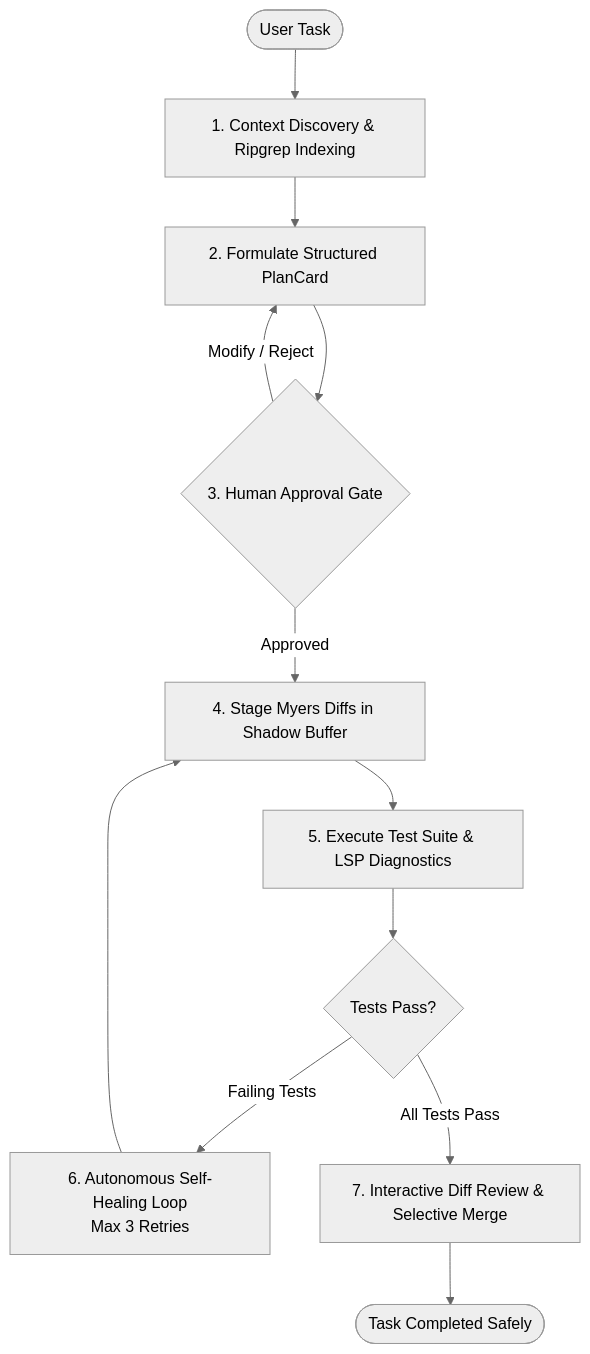
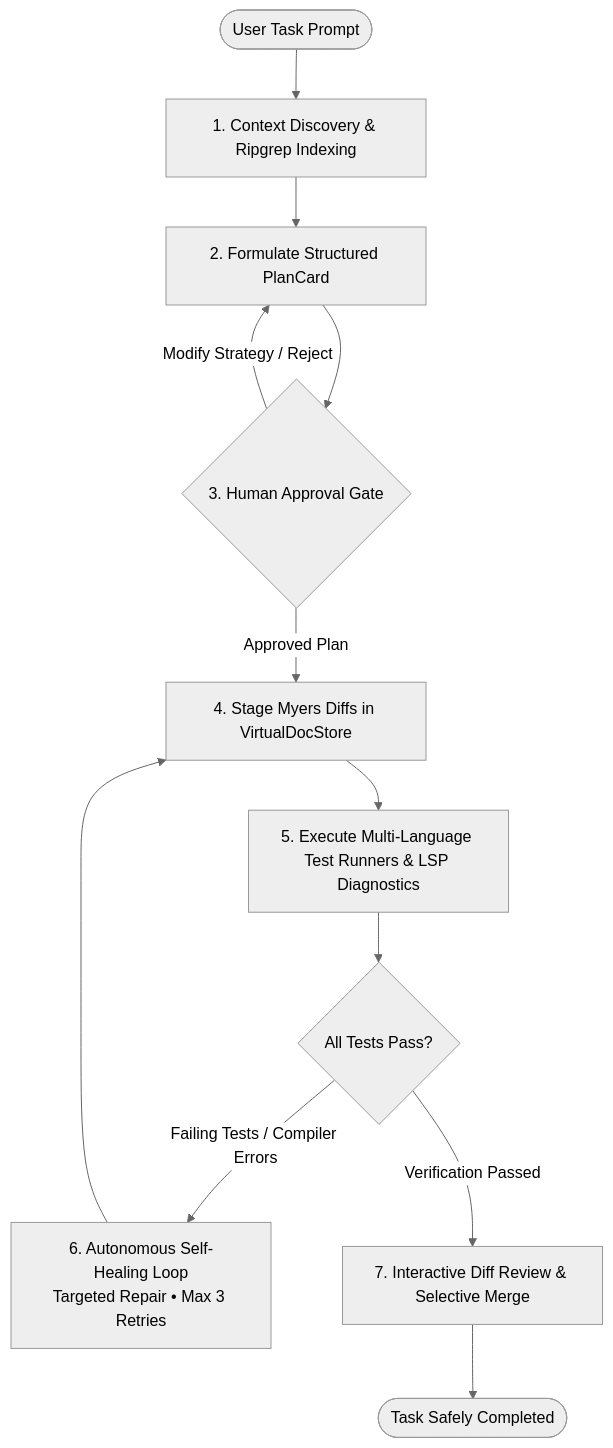
The diagram in README.md (jaggureddy11/AI-Coding-Agent), drawn with Mermaid (neutral theme) before and after one commit. The commit also changed other lines of this file and 2 other files, not shown here.

Commit message:
docs: update demo screenshot and enhance README with live UI tour and updated architecture

````diff
--- a/README.md
+++ b/README.md
@@ -113,14 +180,14 @@
 ```mermaid
 flowchart TD
-    A([User Task]) --> B[1. Context Discovery & Ripgrep Indexing]
+    A([User Task Prompt]) --> B[1. Context Discovery & Ripgrep Indexing]
     B --> C[2. Formulate Structured PlanCard]
     C --> D{3. Human Approval Gate}
-    D -- Modify / Reject --> C
-    D -- Approved --> E[4. Stage Myers Diffs in Shadow Buffer]
-    E --> F[5. Execute Test Suite & LSP Diagnostics]
-    F --> G{Tests Pass?}
-    G -- Failing Tests --> H[6. Autonomous Self-Healing Loop<br>Max 3 Retries]
+    D -- Modify Strategy / Reject --> C
+    D -- Approved Plan --> E[4. Stage Myers Diffs in VirtualDocStore]
+    E --> F[5. Execute Multi-Language Test Runners & LSP Diagnostics]
+    F --> G{All Tests Pass?}
+    G -- Failing Tests / Compiler Errors --> H[6. Autonomous Self-Healing Loop<br>Targeted Repair • Max 3 Retries]
     H --> E
-    G -- All Tests Pass --> I[7. Interactive Diff Review & Selective Merge]
-    I --> J([Task Completed Safely])
+    G -- Verification Passed --> I[7. Interactive Diff Review & Selective Merge]
+    I --> J([Task Safely Completed])
 ```
````
